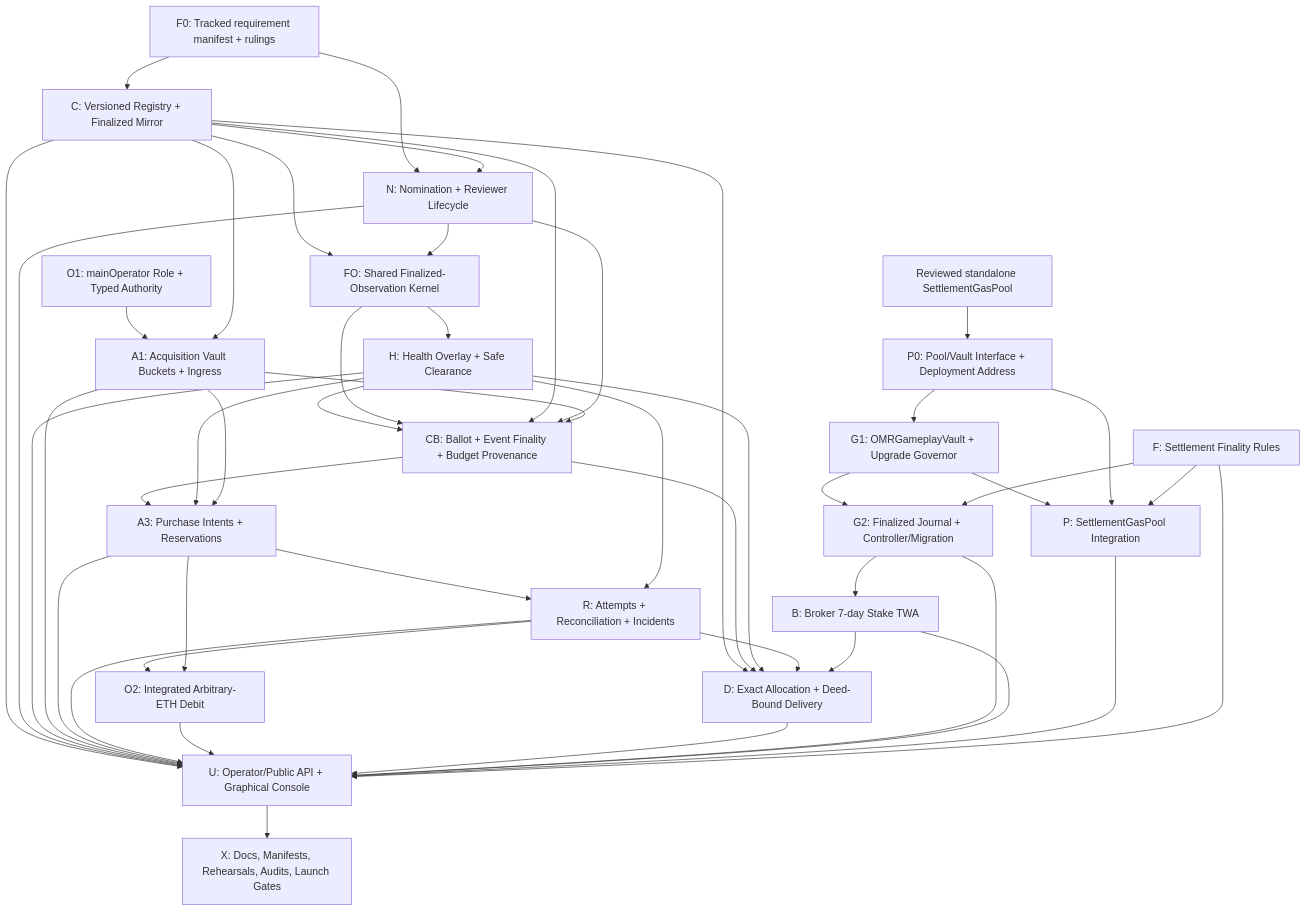
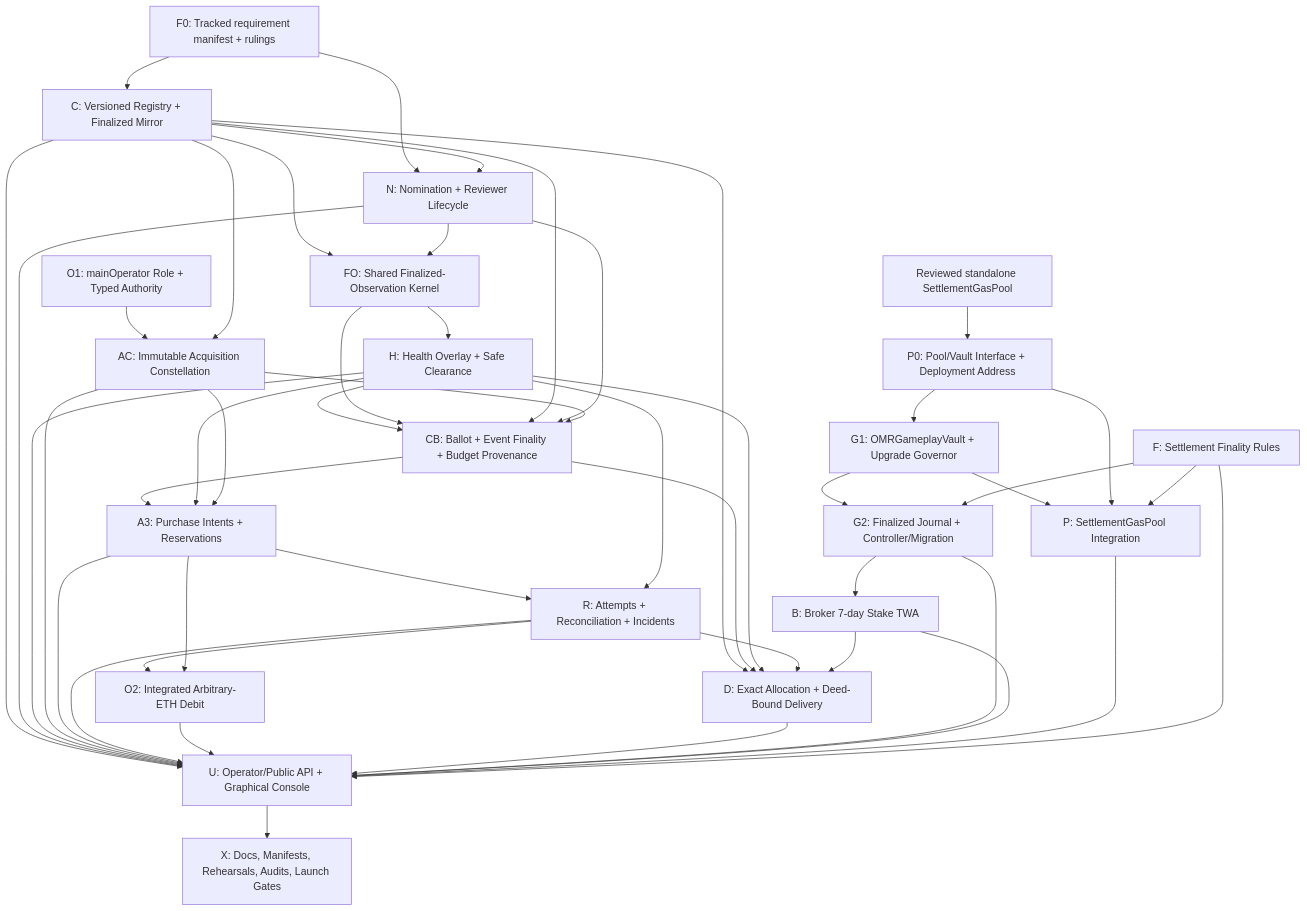
The diagram in docs/superpowers/specs/2026-08-26-grill-completion.md (OmertaDev/Omerta), drawn with Mermaid before and after one commit. The commit also changed other lines of this file and 3 other files, not shown here.

Commit message:
docs(architecture): split acquisition constellation

````diff
--- a/docs/superpowers/specs/2026-08-26-grill-completion.md
+++ b/docs/superpowers/specs/2026-08-26-grill-completion.md
@@ -152,49 +152,49 @@
 ```mermaid
 flowchart TD
   F0["F0: Tracked requirement manifest + rulings"] --> C["C: Versioned Registry + Finalized Mirror"]
   F0 --> N["N: Nomination + Reviewer Lifecycle"]
   C --> N
   C --> FO["FO: Shared Finalized-Observation Kernel"]
   N --> FO
   FO --> H["H: Health Overlay + Safe Clearance"]
-  O1["O1: mainOperator Role + Typed Authority"] --> A1["A1: Acquisition Vault Buckets + Ingress"]
-  C --> A1
+  O1["O1: mainOperator Role + Typed Authority"] --> AC["AC: Immutable Acquisition Constellation"]
+  C --> AC
   H --> CB["CB: Ballot + Event Finality + Budget Provenance"]
   FO --> CB
   C --> CB
   N --> CB
-  A1 --> CB
+  AC --> CB
   CB --> A3["A3: Purchase Intents + Reservations"]
   H --> A3
-  A1 --> A3
+  AC --> A3
   A3 --> R["R: Attempts + Reconciliation + Incidents"]
   H --> R
   R --> O2["O2: Integrated Arbitrary-ETH Debit"]
   A3 --> O2
   SGP["Reviewed standalone SettlementGasPool"] --> P0["P0: Pool/Vault Interface + Deployment Address"]
   P0 --> G1["G1: OMRGameplayVault + Upgrade Governor"]
   G1 --> G2["G2: Finalized Journal + Controller/Migration"]
   FR["F: Settlement Finality Rules"] --> G2
   G2 --> B["B: Broker 7-day Stake TWA"]
   G1 --> P["P: SettlementGasPool Integration"]
   P0 --> P
   FR --> P
   C --> D["D: Exact Allocation + Deed-Bound Delivery"]
   CB --> D
   H --> D
   R --> D
   B --> D
   C --> U["U: Operator/Public API + Graphical Console"]
   N --> U
   H --> U
-  A1 --> U
+  AC --> U
   A3 --> U
   R --> U
   O2 --> U
   D --> U
   G2 --> U
   B --> U
   P --> U
   FR --> U
   U --> X["X: Docs, Manifests, Rehearsals, Audits, Launch Gates"]
 ```
````
